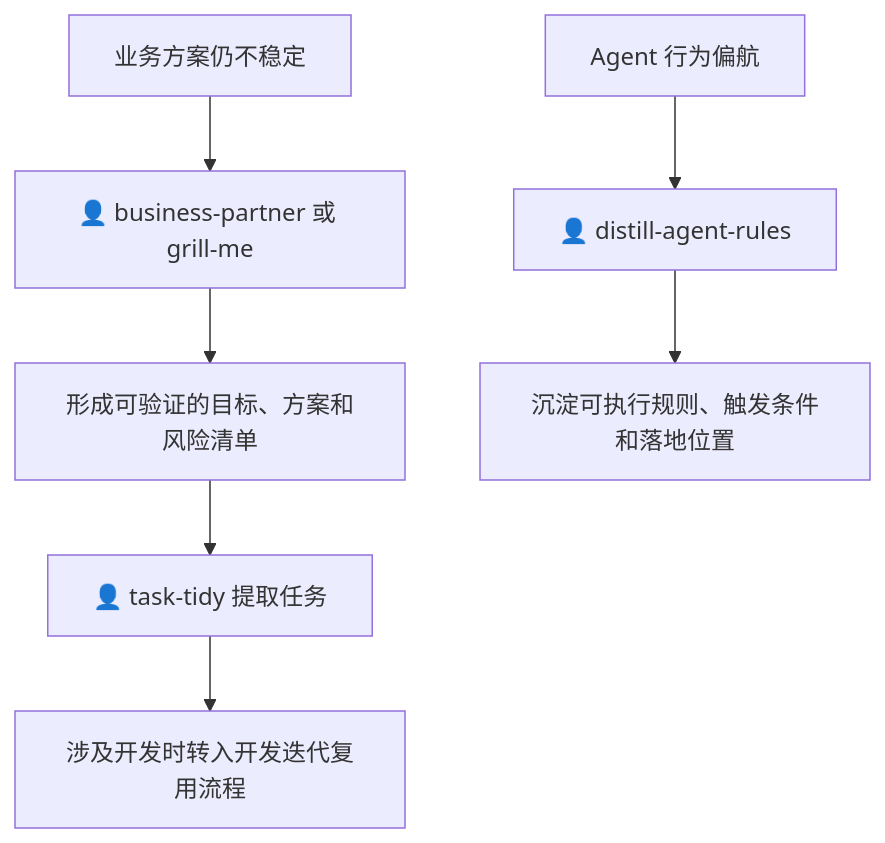
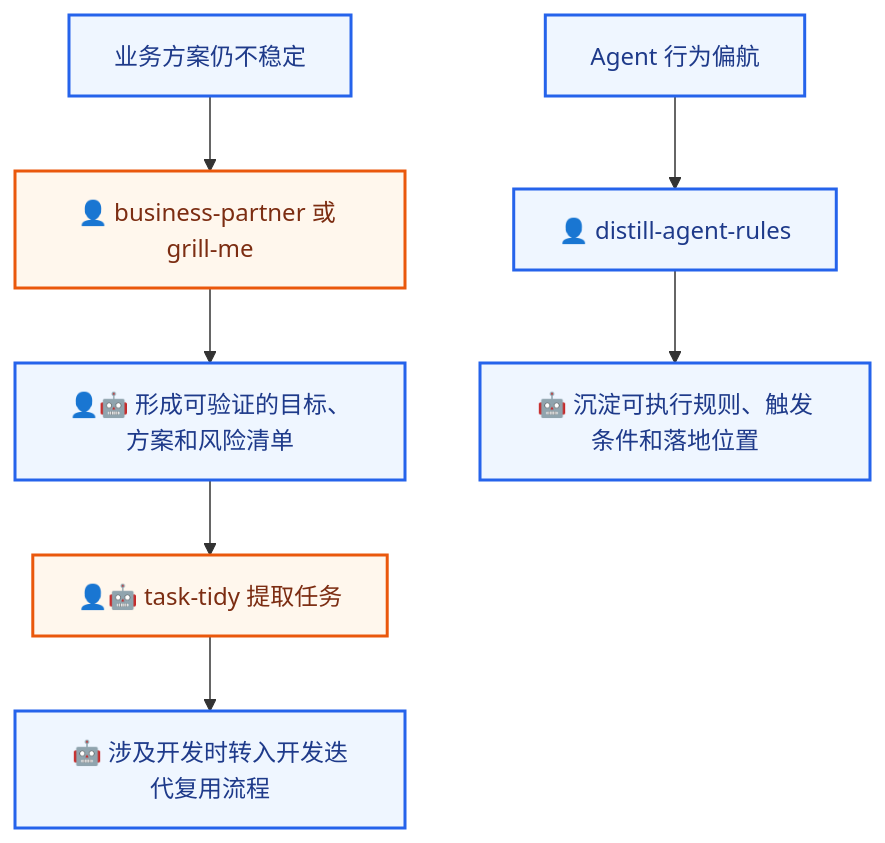
The fifth of 5 diagrams in README.md (derekhu0002/Argo), drawn with Mermaid before and after one commit. The commit also changed other lines of this file, not shown here.

````diff
--- a/README.md
+++ b/README.md
@@ -159,10 +184,14 @@
 ```mermaid
 flowchart TD
     A[业务方案仍不稳定] --> B[👤 business-partner 或 grill-me]
-    B --> C[形成可验证的目标、方案和风险清单]
-    C --> D[👤 task-tidy 提取任务]
-    D --> E[涉及开发时转入开发迭代复用流程]
+    B --> C[👤🤖 形成可验证的目标、方案和风险清单]
+    C --> D[👤🤖 task-tidy 提取任务]
+    D --> E[🤖 涉及开发时转入开发迭代复用流程]
 
     K[Agent 行为偏航] --> L[👤 distill-agent-rules]
-    L --> M[沉淀可执行规则、触发条件和落地位置]
+    L --> M[🤖 沉淀可执行规则、触发条件和落地位置]
+    classDef human fill:#fff7ed,stroke:#ea580c,color:#7c2d12,stroke-width:2px
+    classDef ai fill:#eff6ff,stroke:#2563eb,color:#1e3a8a,stroke-width:2px
+    class B,D human
+    class A,C,E,K,L,M ai
 ```
````
